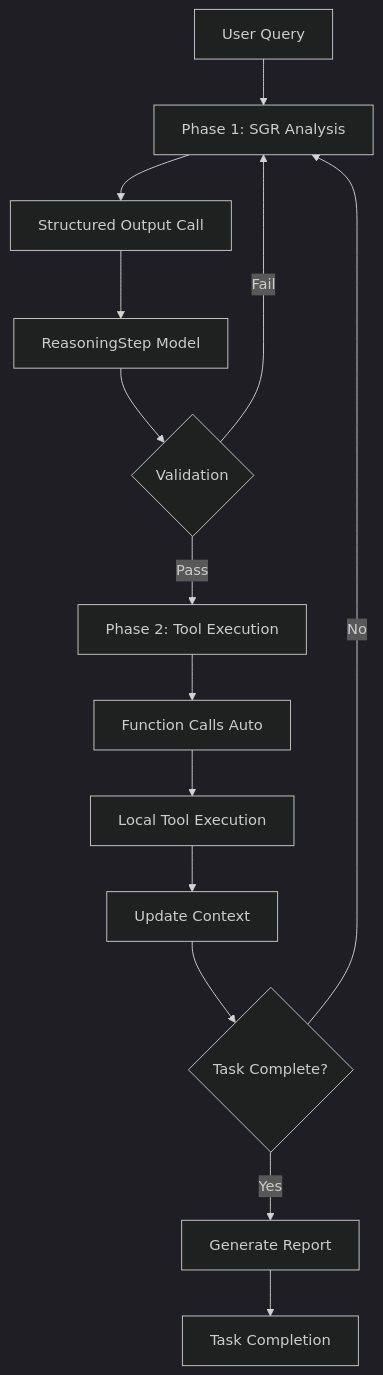
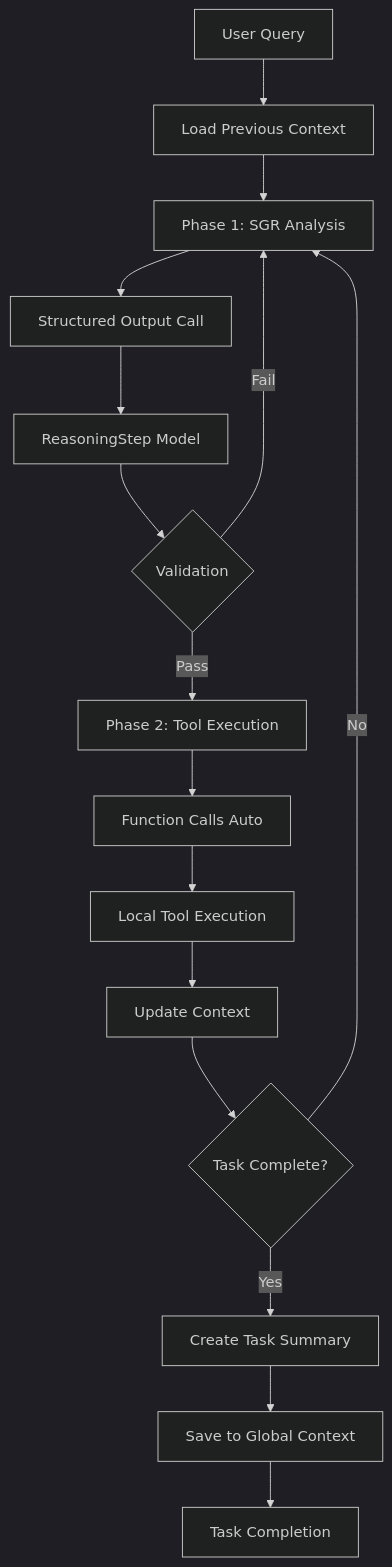
The diagram in README.md (vamplabAI/sgr-deep-research), drawn with Mermaid (dark theme) before and after one commit. The commit also changed other lines of this file and 7 other files, not shown here.

````diff
--- a/README.md
+++ b/README.md
@@ -65,16 +101,18 @@
 ```mermaid
 graph TD
-    A[User Query] --> B[Phase 1: SGR Analysis]
-    B --> C[Structured Output Call]
-    C --> D[ReasoningStep Model]
-    D --> E{Validation}
-    E -->|Pass| F[Phase 2: Tool Execution]
-    E -->|Fail| B
-    F --> G[Function Calls Auto]
-    G --> H[Local Tool Execution]
-    H --> I[Update Context]
-    I --> J{Task Complete?}
-    J -->|No| B
-    J -->|Yes| K[Generate Report]
-    K --> L[Task Completion]
+    A[User Query] --> B[Load Previous Context]
+    B --> C[Phase 1: SGR Analysis]
+    C --> D[Structured Output Call]
+    D --> E[ReasoningStep Model]
+    E --> F{Validation}
+    F -->|Pass| G[Phase 2: Tool Execution]
+    F -->|Fail| C
+    G --> H[Function Calls Auto]
+    H --> I[Local Tool Execution]
+    I --> J[Update Context]
+    J --> K{Task Complete?}
+    K -->|No| C
+    K -->|Yes| L[Create Task Summary]
+    L --> M[Save to Global Context]
+    M --> N[Task Completion]
 ```
````
